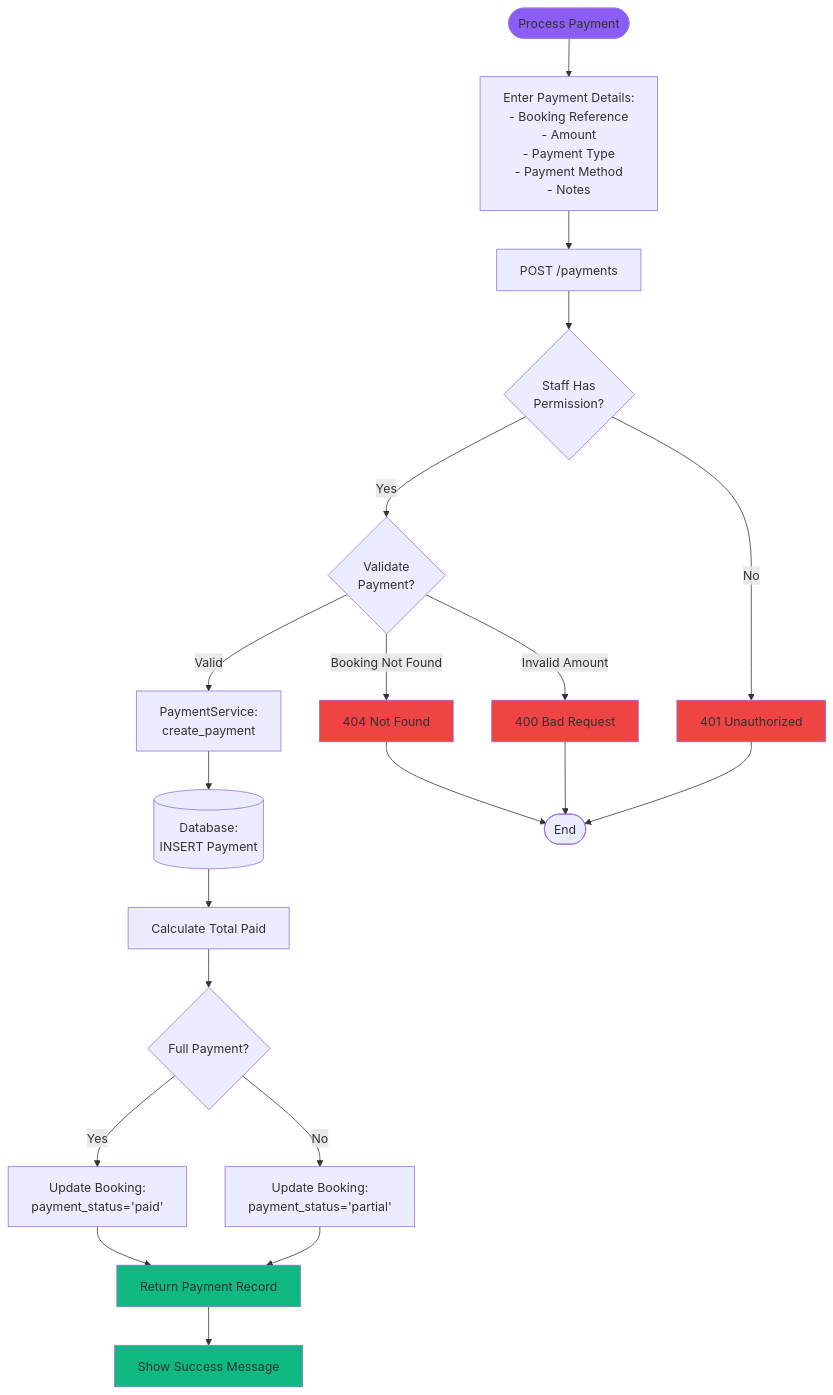
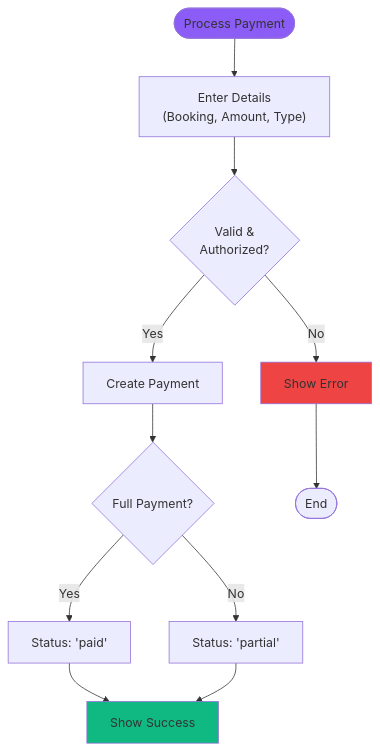
One commit to tadtd/pupinn changed diagram 14 of 17 in data-flow.md. Above: the diagram before and after it, drawn with Mermaid. The commit also changed other lines of this file, not shown here.

Commit message:
chore: simple some data-flow due to the big size

````diff
--- a/data-flow.md
+++ b/data-flow.md
@@ -504,35 +472,20 @@
 ```mermaid
 flowchart TD
-    Start([Process Payment]) --> Input["Enter Payment Details:<br/>- Booking Reference<br/>- Amount<br/>- Payment Type<br/>- Payment Method<br/>- Notes"]
+    Start([Process Payment]) --> Input["Enter Details<br/>(Booking, Amount, Type)"]
+    Input --> Validate{Valid &<br/>Authorized?}
     
-    Input --> API[POST /payments]
-    API --> Auth{Staff Has<br/>Permission?}
-    Auth -->|No| Denied[401 Unauthorized]
-    Auth -->|Yes| Validate{Validate<br/>Payment?}
+    Validate -->|No| Error[Show Error]
+    Validate -->|Yes| Create[Create Payment]
     
-    Validate -->|Booking Not Found| Error1[404 Not Found]
-    Validate -->|Invalid Amount| Error2[400 Bad Request]
-    Validate -->|Valid| Create[PaymentService:<br/>create_payment]
+    Create --> Check{Full Payment?}
+    Check -->|Yes| Paid["Status: 'paid'"]
+    Check -->|No| Partial["Status: 'partial'"]
     
-    Create --> DB1[(Database:<br/>INSERT Payment)]
-    DB1 --> CalcTotal[Calculate Total Paid]
-    CalcTotal --> CheckFull{Full Payment?}
-    
-    CheckFull -->|Yes| UpdateStatus[Update Booking:<br/>payment_status='paid']
-    CheckFull -->|No| PartialStatus[Update Booking:<br/>payment_status='partial']
-    
-    UpdateStatus --> Success[Return Payment Record]
-    PartialStatus --> Success
-    Success --> Notify[Show Success Message]
-    
-    Error1 --> End([End])
-    Error2 --> End
-    Denied --> End
+    Paid --> Success[Show Success]
+    Partial --> Success
+    Error --> End([End])
     
     style Start fill:#8b5cf6
     style Success fill:#10b981
-    style Notify fill:#10b981
-    style Denied fill:#ef4444
-    style Error1 fill:#ef4444
-    style Error2 fill:#ef4444
+    style Error fill:#ef4444
 ```
````
